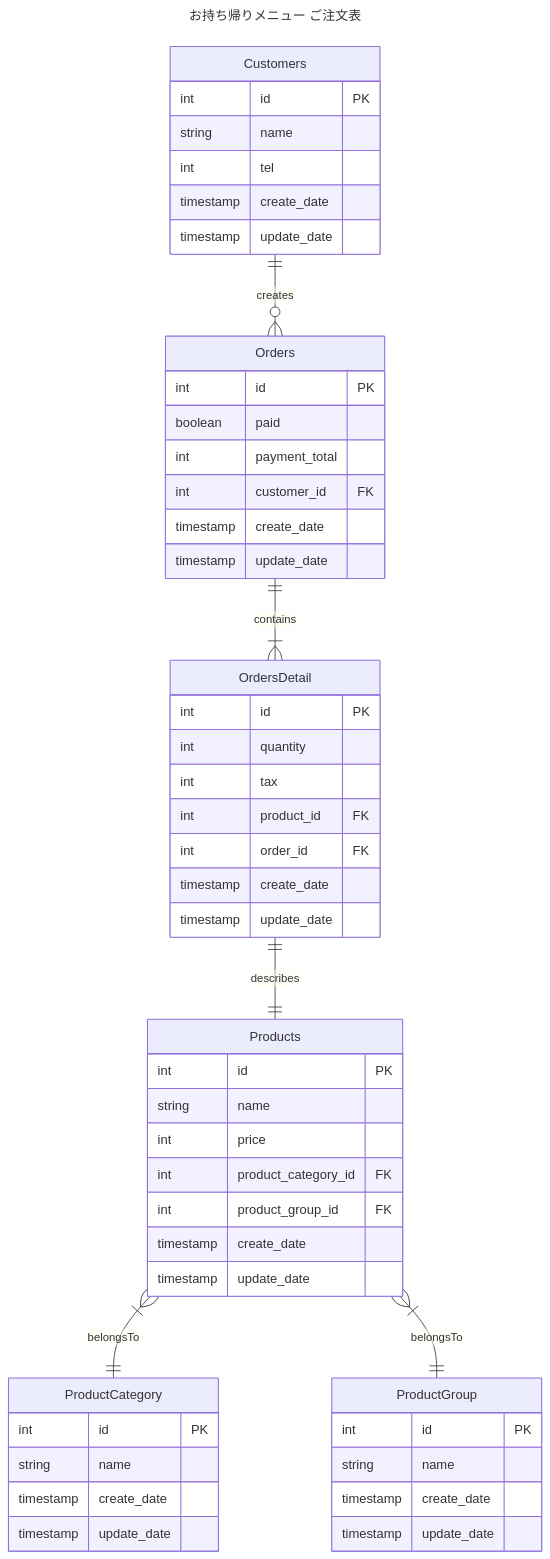
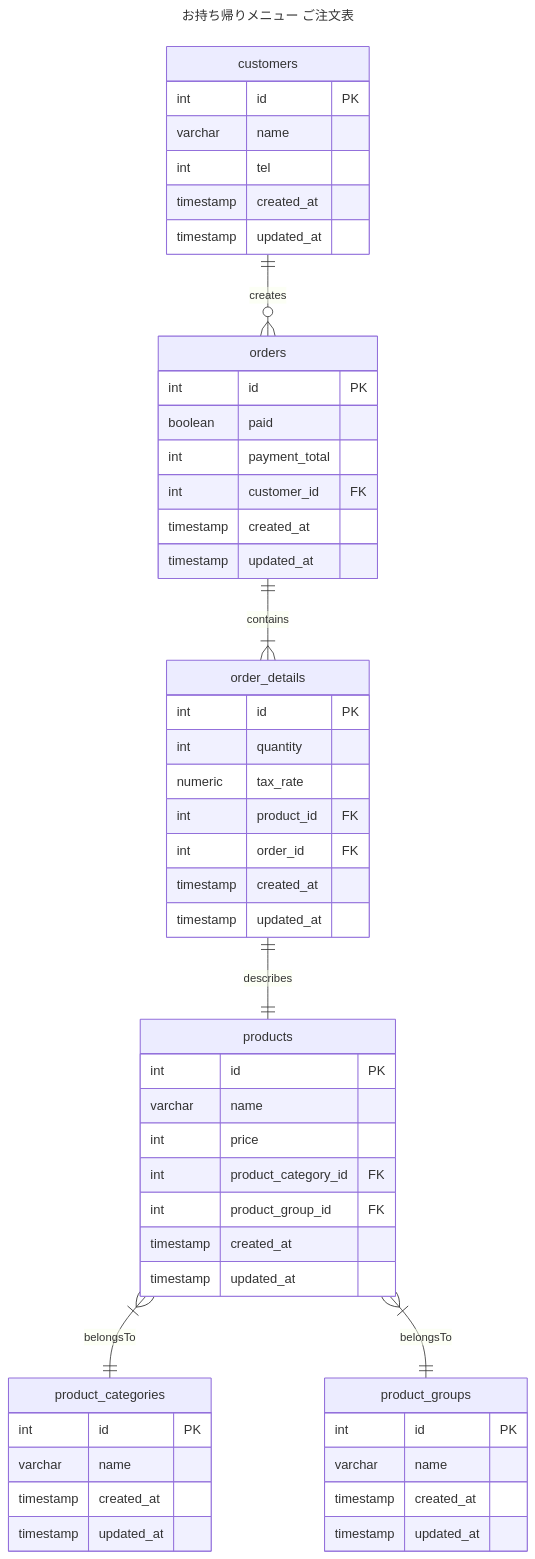
Before and after one commit to ttakuma17/til: the first of 2 diagrams in db/modeling/1/1-1.md, drawn with Mermaid. The commit also changed other lines of this file, not shown here.

````diff
--- a/db/modeling/1/1-1.md
+++ b/db/modeling/1/1-1.md
@@ -4,56 +18,56 @@
 ```mermaid
 ---
 title: お持ち帰りメニュー ご注文表
 ---
 erDiagram
-    Customers ||--o{ Orders : creates
-    Customers {
+    customers ||--o{ orders : creates
+    customers {
         int id PK
-        string name
+        varchar name
         int tel
-        timestamp create_date
-        timestamp update_date
+        timestamp created_at
+        timestamp updated_at
     }
-    Orders ||--|{ OrdersDetail : contains
-	  Orders { 
+    orders ||--|{ order_details : contains
+	  orders { 
         int id PK
         boolean paid
         int payment_total
         int customer_id FK
-        timestamp create_date
-        timestamp update_date
+        timestamp created_at
+        timestamp updated_at
     }
-    OrdersDetail ||--|| Products : describes
-    OrdersDetail {
+    order_details ||--|| products : describes
+    order_details {
         int id PK
         int quantity
-        int tax
+        numeric tax_rate
         int product_id FK
         int order_id FK
-        timestamp create_date
-        timestamp update_date
+        timestamp created_at
+        timestamp updated_at
     }
-    Products }|--|| ProductCategory : belongsTo
-    Products {
+    products }|--|| product_categories : belongsTo
+    products {
         int id PK
-        string name
+        varchar name
         int price
         int product_category_id FK
         int product_group_id FK
-        timestamp create_date
-        timestamp update_date
+        timestamp created_at
+        timestamp updated_at
     }
-    Products }|--|| ProductGroup : belongsTo
-    ProductGroup {
+    products }|--|| product_groups : belongsTo
+    product_groups {
         int id PK
-        string name
-        timestamp create_date
-        timestamp update_date
+        varchar name
+        timestamp created_at
+        timestamp updated_at
     }
-    ProductCategory {
+    product_categories {
         int id PK
-        string name
-        timestamp create_date
-        timestamp update_date
+        varchar name
+        timestamp created_at
+        timestamp updated_at
     }
 ```
````
